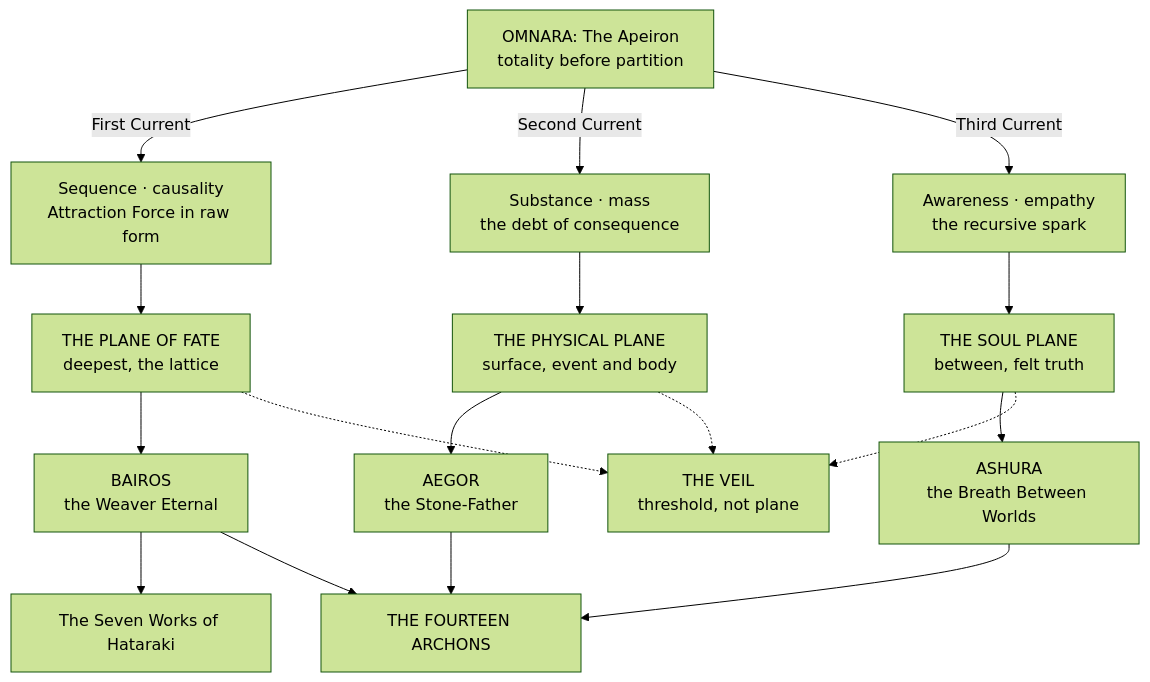
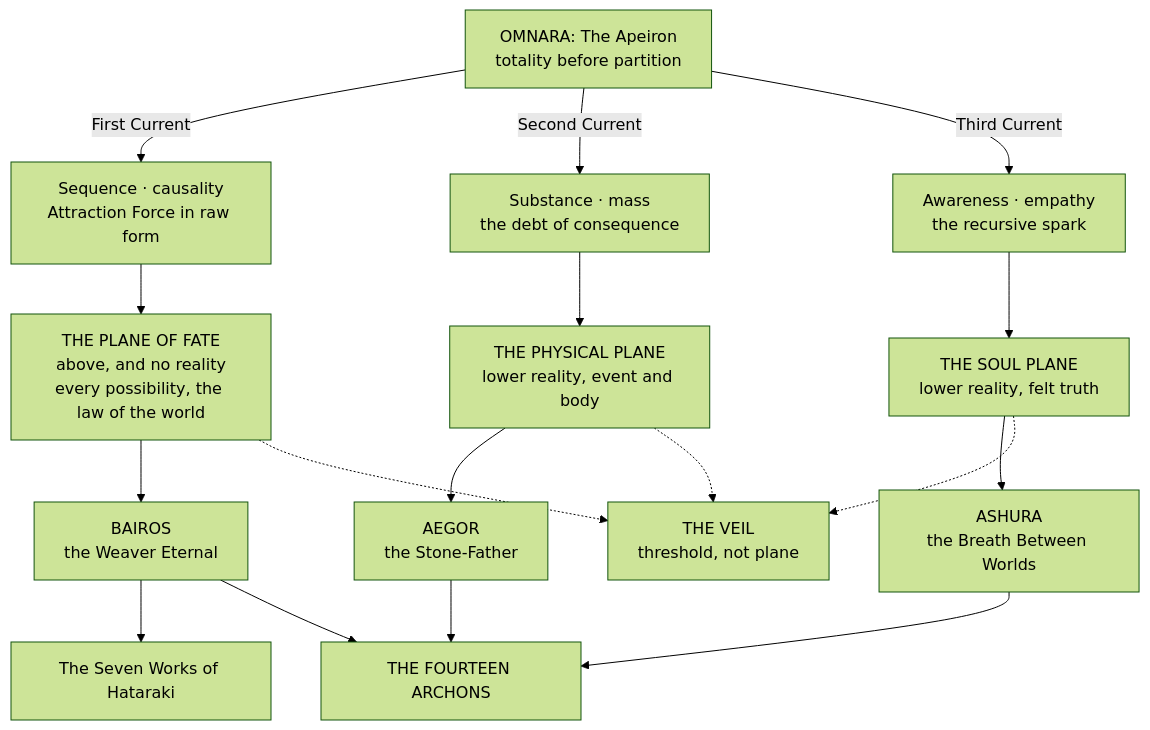
Before and after one commit to vispotvision/wotr-rule-index: the diagram in wiki/Cosmology & Metaphysics/Cosmology & Metaphysics.md, drawn with Mermaid (forest theme). The commit also changed other lines of this file and 114 other files, not shown here.

````diff
--- a/wiki/Cosmology & Metaphysics/Cosmology & Metaphysics.md
+++ b/wiki/Cosmology & Metaphysics/Cosmology & Metaphysics.md
@@ -29,20 +31,20 @@
 ```mermaid
 flowchart TD
     O["OMNARA: The Apeiron<br>totality before partition"]
     O -->|"First Current"| C1["Sequence · causality<br>Attraction Force in raw form"]
     O -->|"Second Current"| C2["Substance · mass<br>the debt of consequence"]
     O -->|"Third Current"| C3["Awareness · empathy<br>the recursive spark"]
-    C1 --> PF["THE PLANE OF FATE<br>deepest, the lattice"]
-    C2 --> PP["THE PHYSICAL PLANE<br>surface, event and body"]
-    C3 --> SP["THE SOUL PLANE<br>between, felt truth"]
+    C1 --> PF["THE PLANE OF FATE<br>above, and no reality<br>every possibility, the law of the world"]
+    C2 --> PP["THE PHYSICAL PLANE<br>lower reality, event and body"]
+    C3 --> SP["THE SOUL PLANE<br>lower reality, felt truth"]
     PF --> B["BAIROS<br>the Weaver Eternal"]
     PP --> A["AEGOR<br>the Stone-Father"]
     SP --> AS["ASHURA<br>the Breath Between Worlds"]
     B --> WK["The Seven Works of Hataraki"]
     B --> AR["THE FOURTEEN ARCHONS"]
     A --> AR
     AS --> AR
     PF -.-> V["THE VEIL<br>threshold, not plane"]
     PP -.-> V
     SP -.-> V
 ```
````
